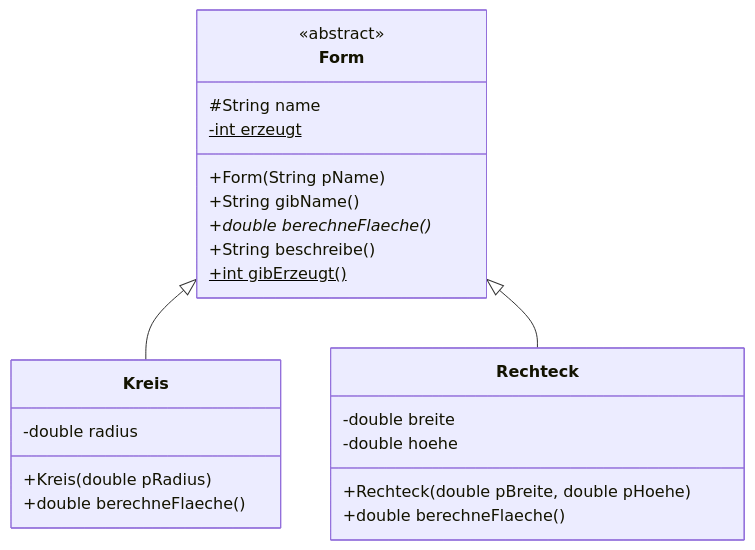
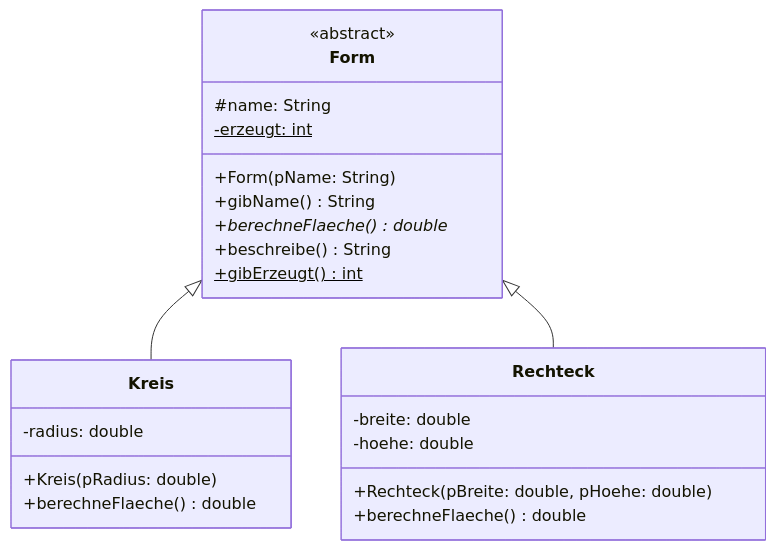
The first of 3 diagrams in book/oberstufe/oop/02-erweiterungen/01-vertiefte-objektorientierung/07-rueckblick.md (openpatch/hyperbook-informatik), drawn with Mermaid before and after one commit. The commit also changed other lines of this file and 19 other files, not shown here.

Commit message:
richtige implementationsdiagramme

````diff
--- a/book/oberstufe/oop/02-erweiterungen/01-vertiefte-objektorientierung/07-rueckblick.md
+++ b/book/oberstufe/oop/02-erweiterungen/01-vertiefte-objektorientierung/07-rueckblick.md
@@ -61,26 +61,26 @@
 ```mermaid
 classDiagram
     class Form {
         <<abstract>>
-        #String name
-        -int erzeugt$
-        +Form(String pName)
-        +String gibName()
-        +double berechneFlaeche()*
-        +String beschreibe()
-        +int gibErzeugt()$
+        #name: String
+        -erzeugt: int$
+        +Form(pName: String)
+        +gibName() String
+        +berechneFlaeche() double*
+        +beschreibe() String
+        +gibErzeugt() int$
     }
     class Kreis {
-        -double radius
-        +Kreis(double pRadius)
-        +double berechneFlaeche()
+        -radius: double
+        +Kreis(pRadius: double)
+        +berechneFlaeche() double
     }
     class Rechteck {
-        -double breite
-        -double hoehe
-        +Rechteck(double pBreite, double pHoehe)
-        +double berechneFlaeche()
+        -breite: double
+        -hoehe: double
+        +Rechteck(pBreite: double, pHoehe: double)
+        +berechneFlaeche() double
     }
     Form <|-- Kreis
     Form <|-- Rechteck
 ```
````
